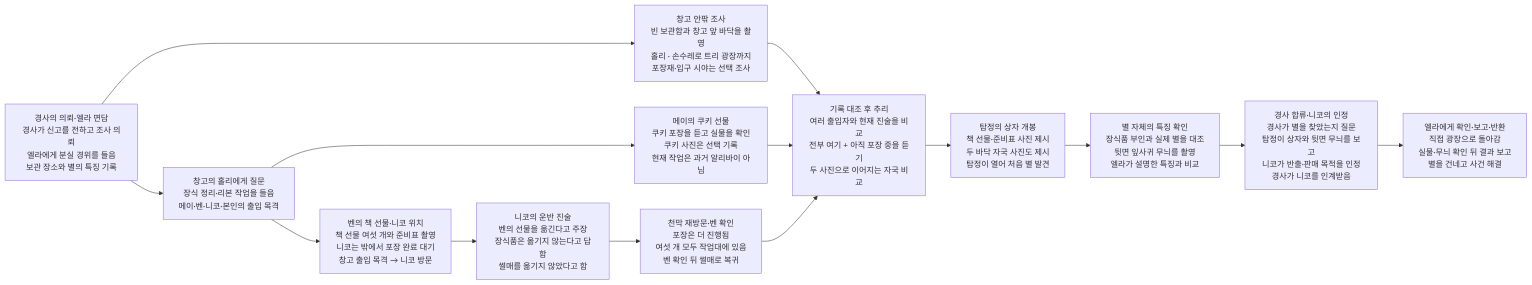
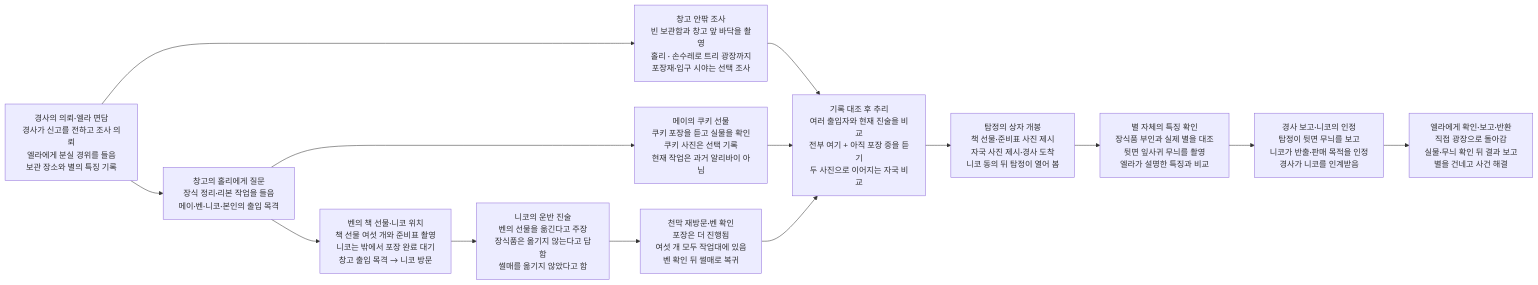
Before and after one commit to wonny95/detective-v2: the second of 2 diagrams in design/case-10-christmas-star.md, drawn with Mermaid. The commit also changed other lines of this file and 6 other files, not shown here.

````diff
--- a/design/case-10-christmas-star.md
+++ b/design/case-10-christmas-star.md
@@ -47,28 +47,28 @@
 ```mermaid
 flowchart LR
     s1["경사의 의뢰·엘라 면담<br/>경사가 신고를 전하고 조사 의뢰<br/>엘라에게 분실 경위를 들음<br/>보관 장소와 별의 특징 기록"]
     s2["창고의 홀리에게 질문<br/>장식 정리·리본 작업을 들음<br/>메이·벤·니코·본인의 출입 목격"]
     s3["창고 안팎 조사<br/>빈 보관함과 창고 앞 바닥을 촬영<br/>홀리 · 손수레로 트리 광장까지<br/>포장재·입구 시야는 선택 조사"]
     s4["메이의 쿠키 선물<br/>쿠키 포장을 듣고 실물을 확인<br/>쿠키 사진은 선택 기록<br/>현재 작업은 과거 알리바이 아님"]
     s5["벤의 책 선물·니코 위치<br/>책 선물 여섯 개와 준비표 촬영<br/>니코는 밖에서 포장 완료 대기<br/>창고 출입 목격 → 니코 방문"]
     s6["니코의 운반 진술<br/>벤의 선물을 옮긴다고 주장<br/>장식품은 옮기지 않는다고 답함<br/>썰매를 옮기지 않았다고 함"]
     s7["천막 재방문·벤 확인<br/>포장은 더 진행됨<br/>여섯 개 모두 작업대에 있음<br/>벤 확인 뒤 썰매로 복귀"]
     s8["기록 대조 후 추리<br/>여러 출입자와 현재 진술을 비교<br/>전부 여기 + 아직 포장 중을 듣기<br/>두 사진으로 이어지는 자국 비교"]
-    s9["탐정의 상자 개봉<br/>책 선물·준비표 사진 제시<br/>두 바닥 자국 사진도 제시<br/>탐정이 열어 처음 별 발견"]
+    s9["탐정의 상자 개봉<br/>책 선물·준비표 사진 제시<br/>자국 사진 제시·경사 도착<br/>니코 동의 뒤 탐정이 열어 봄"]
     s10["별 자체의 특징 확인<br/>장식품 부인과 실제 별을 대조<br/>뒷면 잎사귀 무늬를 촬영<br/>엘라가 설명한 특징과 비교"]
-    s11["경사 합류·니코의 인정<br/>경사가 별을 찾았는지 질문<br/>탐정이 상자와 뒷면 무늬를 보고<br/>니코가 반출·판매 목적을 인정<br/>경사가 니코를 인계받음"]
+    s11["경사 보고·니코의 인정<br/>탐정이 뒷면 무늬를 보고<br/>니코가 반출·판매 목적을 인정<br/>경사가 니코를 인계받음"]
     s12["엘라에게 확인·보고·반환<br/>직접 광장으로 돌아감<br/>실물·무늬 확인 뒤 결과 보고<br/>별을 건네고 사건 해결"]
     s1 --> s2
     s1 --> s3
     s2 --> s4
     s2 --> s5
     s3 --> s8
     s4 --> s8
     s5 --> s6
     s6 --> s7
     s7 --> s8
     s8 --> s9
     s9 --> s10
     s10 --> s11
     s11 --> s12
 ```
````
